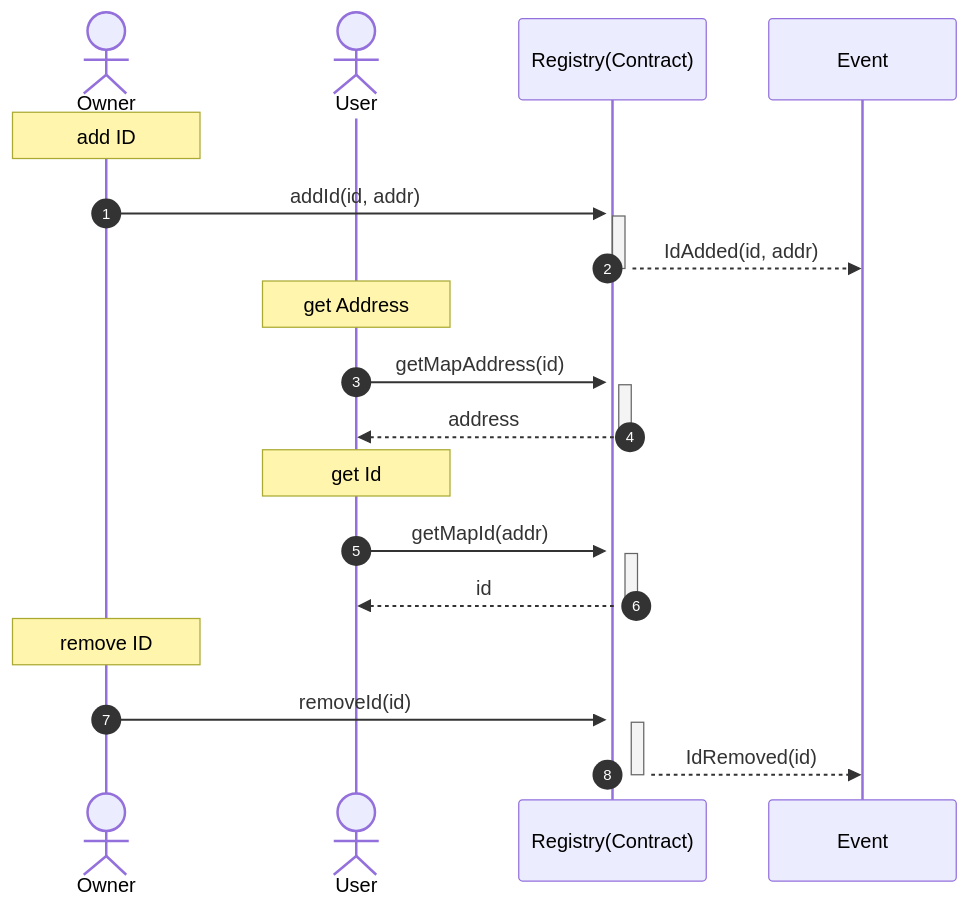
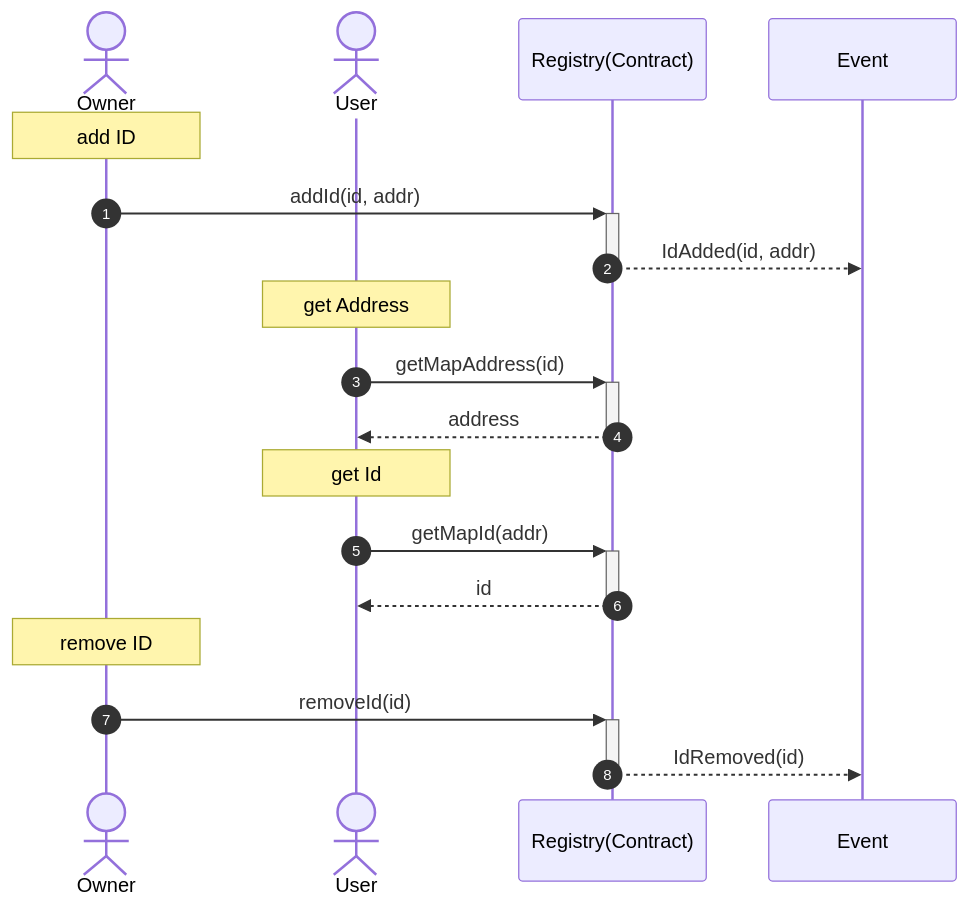
Before and after one commit to mahiroaug/ParkingPayment: the second of 2 diagrams in README.md, drawn with Mermaid. The commit also changed other lines of this file, not shown here.

Commit message:
Fix Flow Chart.

````diff
--- a/README.md
+++ b/README.md
@@ -113,33 +101,21 @@
 ```mermaid
 sequenceDiagram
-    autonumber
-    actor Owner
-    actor User
-    participant NFCAddressRegistry as Registry(Contract)
-    participant Event
+  actor Owner as Owner
+  actor User as User
+  participant NFCAddressRegistry as Registry(Contract)
+  participant Event as Event
 
-
-    Note over Owner: add ID
-
-    Owner->>+NFCAddressRegistry: addId(id, addr)
-    activate NFCAddressRegistry
-    NFCAddressRegistry-->>-Event: IdAdded(id, addr)
-
-    Note over User: get Address
-
-    User->>+NFCAddressRegistry: getMapAddress(id)
-    activate NFCAddressRegistry
-    NFCAddressRegistry-->>-User: address
-
-    Note over User: get Id
-
-    User->>+NFCAddressRegistry: getMapId(addr)
-    activate NFCAddressRegistry
-    NFCAddressRegistry-->>-User: id
-
-    Note over Owner: remove ID
-
-    Owner->>+NFCAddressRegistry: removeId(id)
-    activate NFCAddressRegistry
-    NFCAddressRegistry-->>-Event: IdRemoved(id)
+  autonumber
+  Note over Owner: add ID
+  Owner ->>+ NFCAddressRegistry: addId(id, addr)
+  NFCAddressRegistry -->>- Event: IdAdded(id, addr)
+  Note over User: get Address
+  User ->>+ NFCAddressRegistry: getMapAddress(id)
+  NFCAddressRegistry -->>- User: address
+  Note over User: get Id
+  User ->>+ NFCAddressRegistry: getMapId(addr)
+  NFCAddressRegistry -->>- User: id
+  Note over Owner: remove ID
+  Owner ->>+ NFCAddressRegistry: removeId(id)
+  NFCAddressRegistry -->>- Event: IdRemoved(id)
 ```
````
